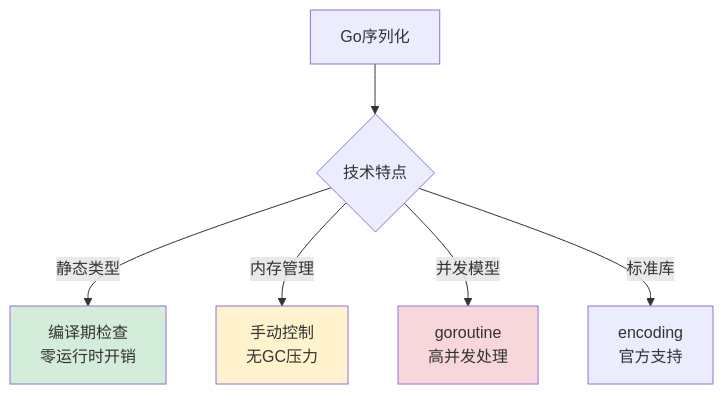
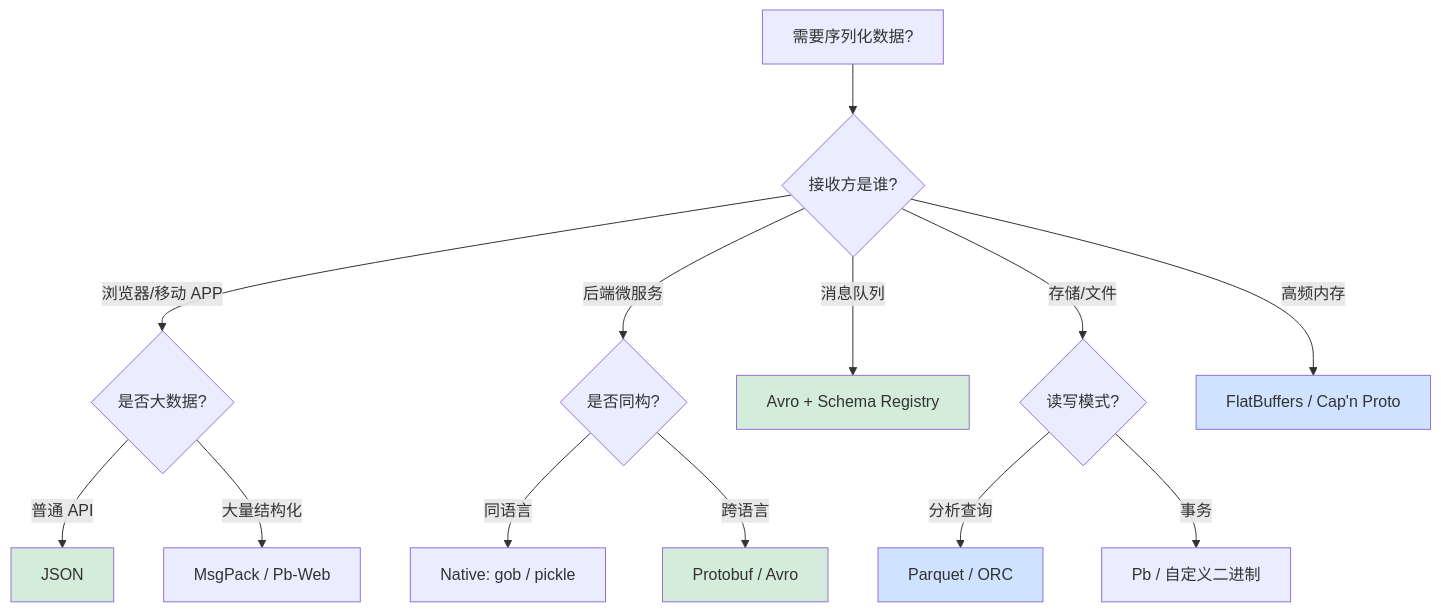
Diagram 25 of 26 in 00.通用技术的提升/02.程序编程原理/05.序列化数据的思想.md (chongyang211/YCBookBlog), drawn with Mermaid before and after one commit. The commit also changed other lines of this file and 5 other files, not shown here.

````diff
--- a/00.通用技术的提升/02.程序编程原理/05.序列化数据的思想.md
+++ b/00.通用技术的提升/02.程序编程原理/05.序列化数据的思想.md
@@ -2897,12 +3455,26 @@
 ```mermaid
-graph TB
-    A[Go序列化] --> B{技术特点}
-    B -->|静态类型| C[编译期检查<br/>零运行时开销]
-    B -->|内存管理| D[手动控制<br/>无GC压力]
-    B -->|并发模型| E[goroutine<br/>高并发处理]
-    B -->|标准库| F[encoding<br/>官方支持]
+flowchart TD
+    A[需要序列化数据?] --> B{接收方是谁?}
     
-    style C fill:#d4edda
-    style D fill:#fff3cd
-    style E fill:#f8d7da
+    B -->|浏览器/移动 APP| C{是否大数据?}
+    C -->|普通 API| D[JSON]
+    C -->|大量结构化| E[MsgPack / Pb-Web]
+    
+    B -->|后端微服务| F{是否同构?}
+    F -->|同语言| G[Native: gob / pickle]
+    F -->|跨语言| H[Protobuf / Avro]
+    
+    B -->|消息队列| I[Avro + Schema Registry]
+    
+    B -->|存储/文件| J{读写模式?}
+    J -->|分析查询| K[Parquet / ORC]
+    J -->|事务| L[Pb / 自定义二进制]
+    
+    B -->|高频内存| M[FlatBuffers / Cap'n Proto]
+
+    style D fill:#d4edda
+    style H fill:#d4edda
+    style I fill:#d4edda
+    style K fill:#cfe2ff
+    style M fill:#cfe2ff
 ```
````
